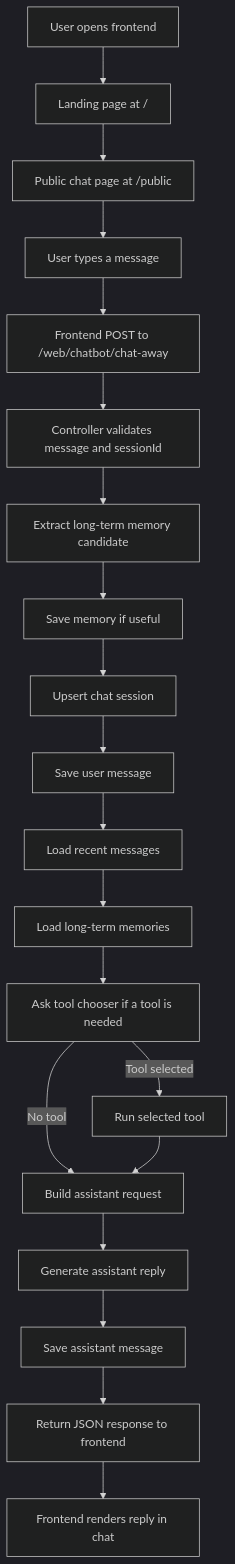
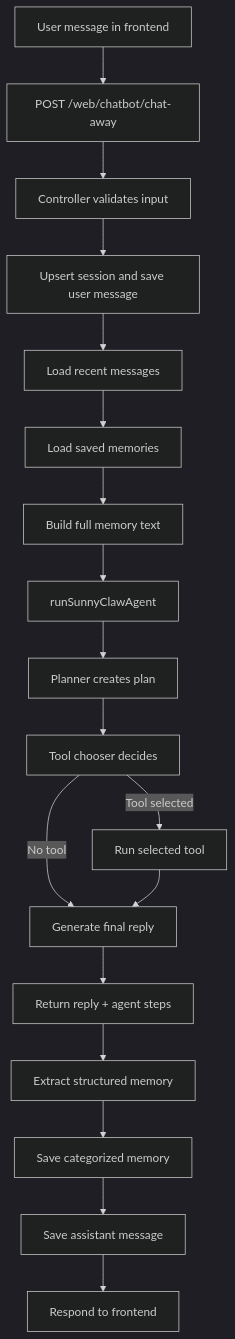
Before and after one commit to hsg0/sunny-claws: the diagram in README.md, drawn with Mermaid (dark theme). The commit also changed other lines of this file, not shown here.

Commit message:
feat: update README to reflect current project capabilities, architecture, and workflow improvements

````diff
--- a/README.md
+++ b/README.md
@@ -36,25 +39,20 @@
 ```mermaid
 flowchart TD
-	A[User opens frontend] --> B[Landing page at /]
-	B --> C[Public chat page at /public]
-	C --> D[User types a message]
-	D --> E[Frontend POST to /web/chatbot/chat-away]
-
-	E --> F[Controller validates message and sessionId]
-	F --> G[Extract long-term memory candidate]
-	G --> H[Save memory if useful]
-	H --> I[Upsert chat session]
-	I --> J[Save user message]
-	J --> K[Load recent messages]
-	K --> L[Load long-term memories]
-	L --> M[Ask tool chooser if a tool is needed]
-
-	M -->|No tool| N[Build assistant request]
-	M -->|Tool selected| O[Run selected tool]
-	O --> N
-
-	N --> P[Generate assistant reply]
-	P --> Q[Save assistant message]
-	Q --> R[Return JSON response to frontend]
-	R --> S[Frontend renders reply in chat]
+    A[User message in frontend] --> B[POST /web/chatbot/chat-away]
+    B --> C[Controller validates input]
+    C --> D[Upsert session and save user message]
+    D --> E[Load recent messages]
+    E --> F[Load saved memories]
+    F --> G[Build full memory text]
+    G --> H[runSunnyClawAgent]
+    H --> I[Planner creates plan]
+    I --> J[Tool chooser decides]
+    J -->|No tool| K[Generate final reply]
+    J -->|Tool selected| L[Run selected tool]
+    L --> K
+    K --> M[Return reply + agent steps]
+    M --> N[Extract structured memory]
+    N --> O[Save categorized memory]
+    O --> P[Save assistant message]
+    P --> Q[Respond to frontend]
 ```
````
